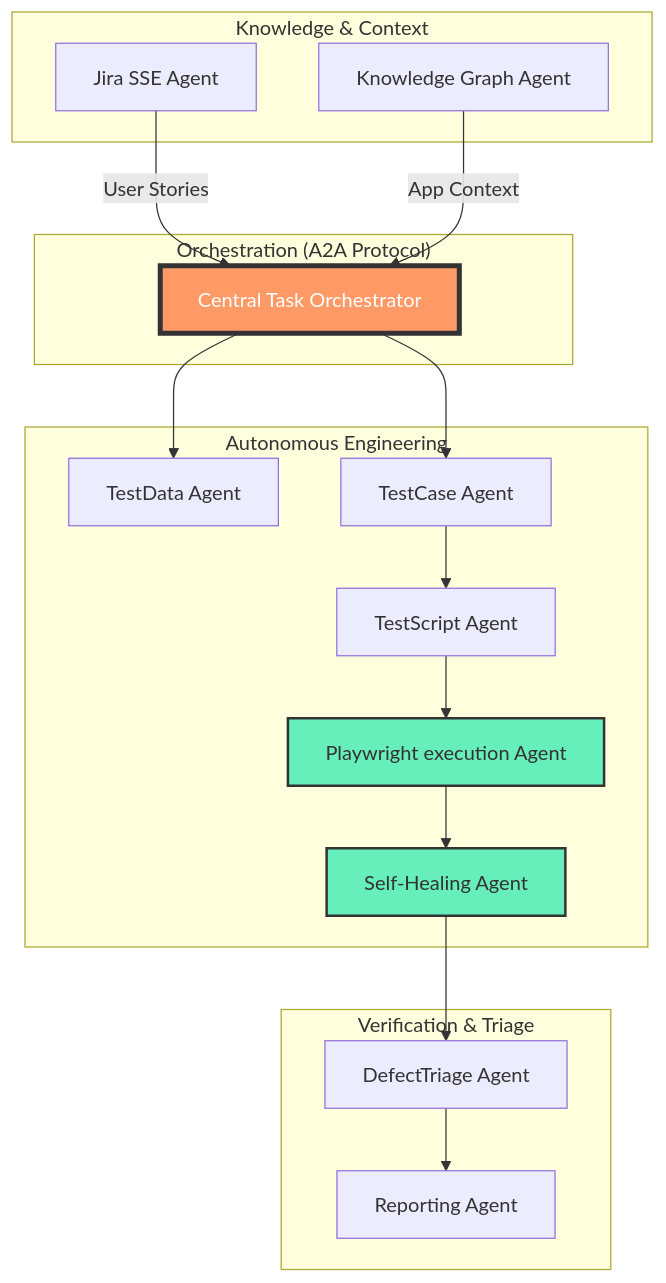
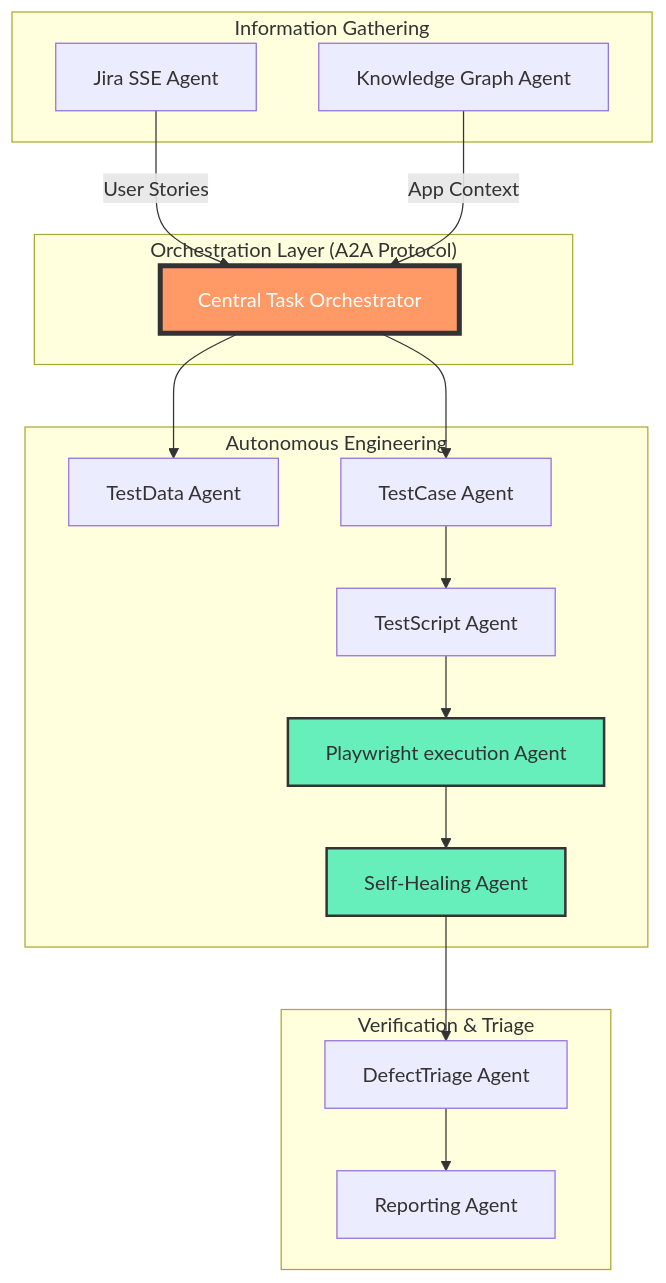
Before and after one commit to Srisrijakka1/Srisrijakka1: the diagram in README.md, drawn with Mermaid. The commit also changed other lines of this file, not shown here.

Commit message:
Ultimate README Overhaul: Restored socials, fixed stats, and expanded project highlights. Fixes undisplayed images and missing project context.

````diff
--- a/README.md
+++ b/README.md
@@ -34,28 +25,28 @@
 ```mermaid
 graph TD
-    subgraph "Orchestration (A2A Protocol)"
+    subgraph "Orchestration Layer (A2A Protocol)"
         O[Central Task Orchestrator]
     end
 
-    subgraph "Knowledge & Context"
+    subgraph "Information Gathering"
         A1[Jira SSE Agent] -->|User Stories| O
         A2[Knowledge Graph Agent] -->|App Context| O
     end
 
     subgraph "Autonomous Engineering"
         O --> A3[TestData Agent]
         O --> A4[TestCase Agent]
         A4 --> A5[TestScript Agent]
         A5 --> A6[Playwright execution Agent]
         A6 --> A7[Self-Healing Agent]
     end
 
     subgraph "Verification & Triage"
         A7 --> A8[DefectTriage Agent]
         A8 --> A9[Reporting Agent]
     end
 
     style O fill:#f96,stroke:#333,stroke-width:4px,color:#fff
     style A7 fill:#6eb,stroke:#333,stroke-width:2px
     style A6 fill:#6eb,stroke:#333,stroke-width:2px
 ```
````
